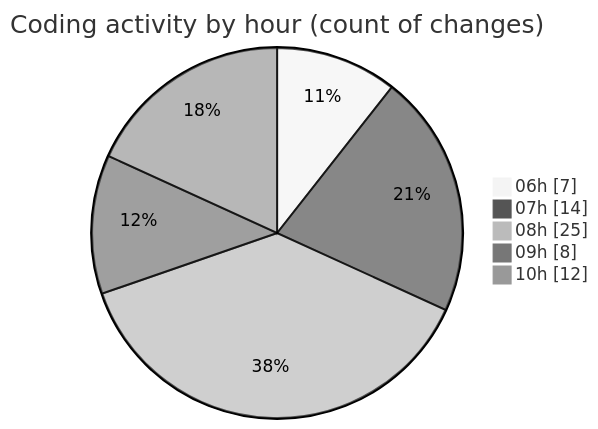
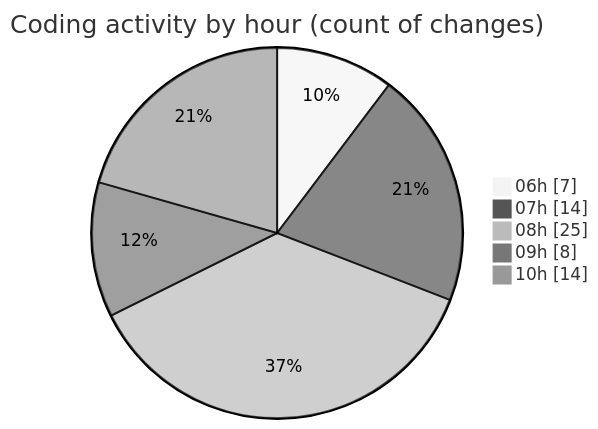
Before and after one commit to vahidmafi/code-tracking: the second of 2 diagrams in 2025-04-18/zeytoon/README.md, drawn with Mermaid (neutral theme). The commit also changed other lines of this file and 1 other file, not shown here.

````diff
--- a/2025-04-18/zeytoon/README.md
+++ b/2025-04-18/zeytoon/README.md
@@ -39,9 +39,9 @@
 ```mermaid
 pie showData
 title Coding activity by hour (count of changes)
 "06h" : 7
 "07h" : 14
 "08h" : 25
 "09h" : 8
-"10h" : 12
+"10h" : 14
 ```
````
